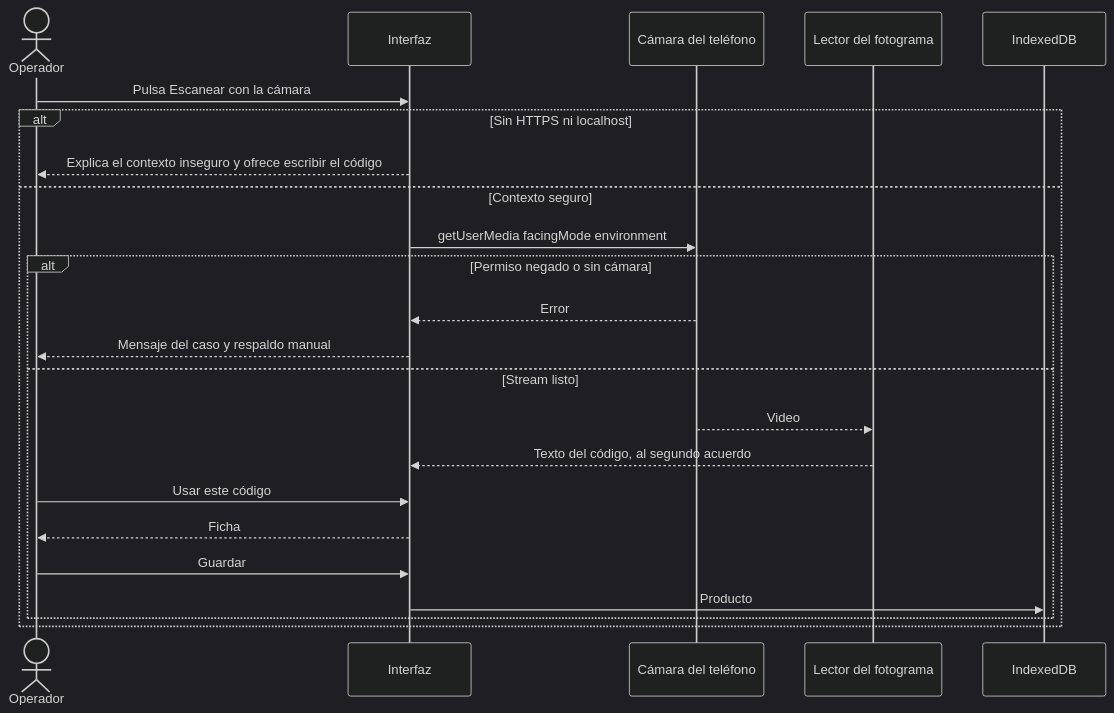
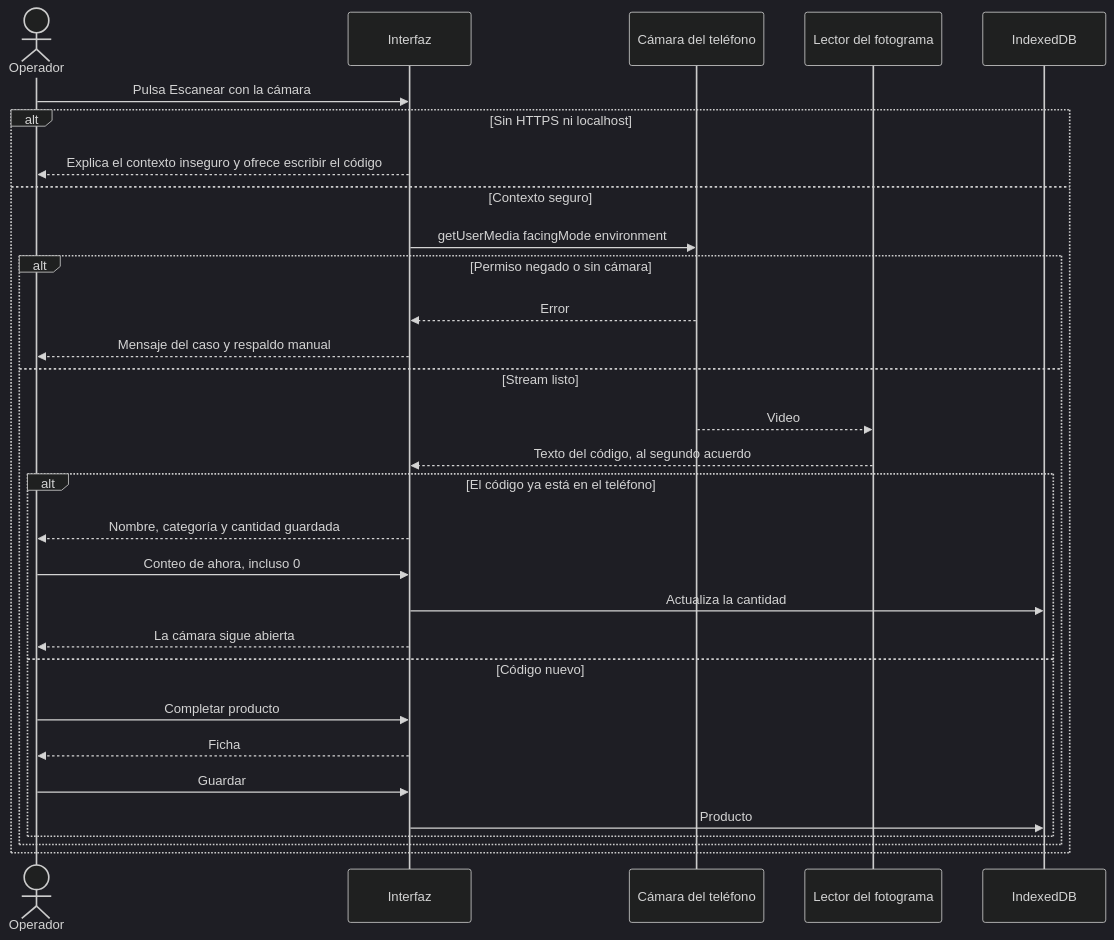
One commit to Sebastian11082003/inventario-codigos changed the diagram in docs/08-uml/scan-flow.md. Above: the diagram before and after it, drawn with Mermaid (dark theme). The commit also changed 23 other files, not shown here.

````diff
--- a/docs/08-uml/scan-flow.md
+++ b/docs/08-uml/scan-flow.md
@@ -3,25 +3,32 @@
 ```mermaid
 sequenceDiagram
   actor Op as Operador
   participant UI as Interfaz
   participant Cam as Cámara del teléfono
   participant Dec as Lector del fotograma
   participant DB as IndexedDB
   Op->>UI: Pulsa Escanear con la cámara
   alt Sin HTTPS ni localhost
     UI-->>Op: Explica el contexto inseguro y ofrece escribir el código
   else Contexto seguro
     UI->>Cam: getUserMedia facingMode environment
     alt Permiso negado o sin cámara
       Cam-->>UI: Error
       UI-->>Op: Mensaje del caso y respaldo manual
     else Stream listo
       Cam-->>Dec: Video
       Dec-->>UI: Texto del código, al segundo acuerdo
-      Op->>UI: Usar este código
-      UI-->>Op: Ficha
-      Op->>UI: Guardar
-      UI->>DB: Producto
+      alt El código ya está en el teléfono
+        UI-->>Op: Nombre, categoría y cantidad guardada
+        Op->>UI: Conteo de ahora, incluso 0
+        UI->>DB: Actualiza la cantidad
+        UI-->>Op: La cámara sigue abierta
+      else Código nuevo
+        Op->>UI: Completar producto
+        UI-->>Op: Ficha
+        Op->>UI: Guardar
+        UI->>DB: Producto
+      end
     end
   end
 ```
````
